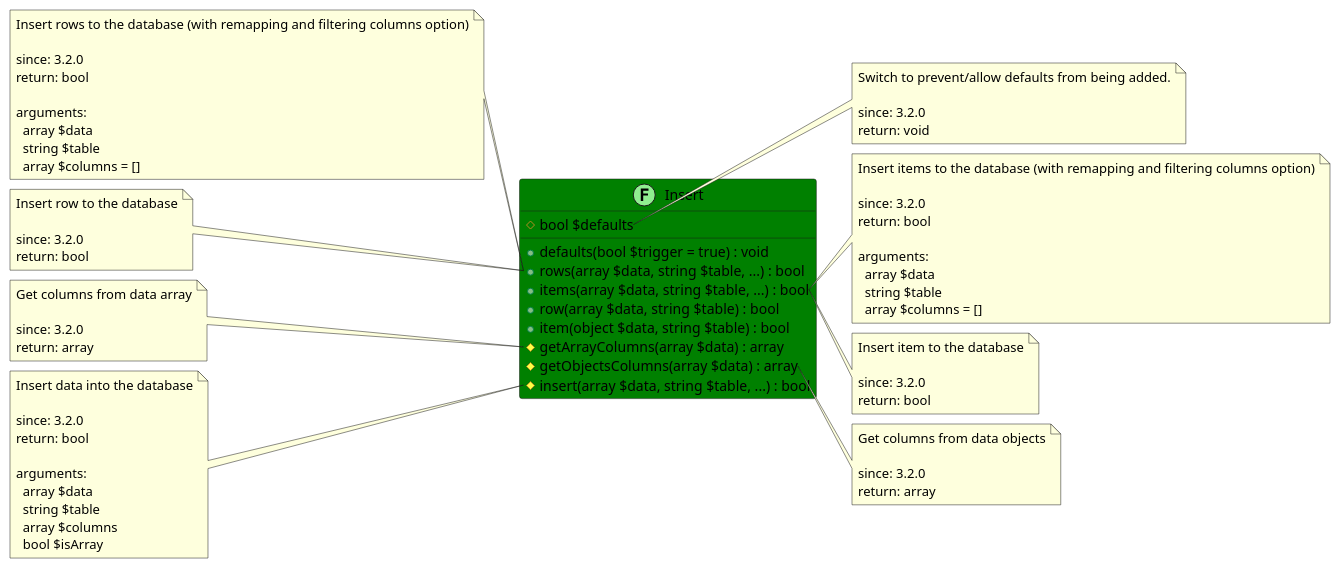
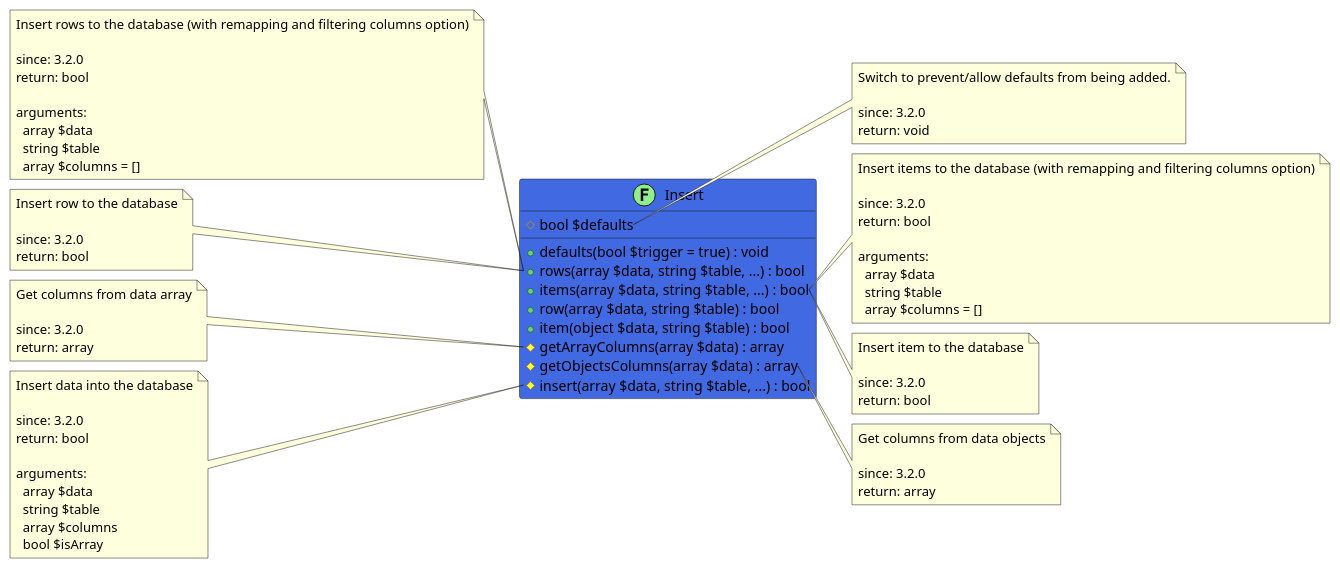
The diagram in src/524eb8f6-38d4-47dc-92ad-98b94e099ac0/README.md (joomengine/super-powers), drawn with PlantUML before and after one commit. The commit also changed other lines of this file and 75 other files, not shown here.

````diff
--- a/src/524eb8f6-38d4-47dc-92ad-98b94e099ac0/README.md
+++ b/src/524eb8f6-38d4-47dc-92ad-98b94e099ac0/README.md
@@ -11,6 +12,6 @@
 ```uml
 @startuml
-class Insert << (F,LightGreen) >> #Green {
+class Insert << (F,LightGreen) >> #RoyalBlue {
   # bool $defaults
   + defaults(bool $trigger = true) : void
   + rows(array $data, string $table, ...) : bool
````
